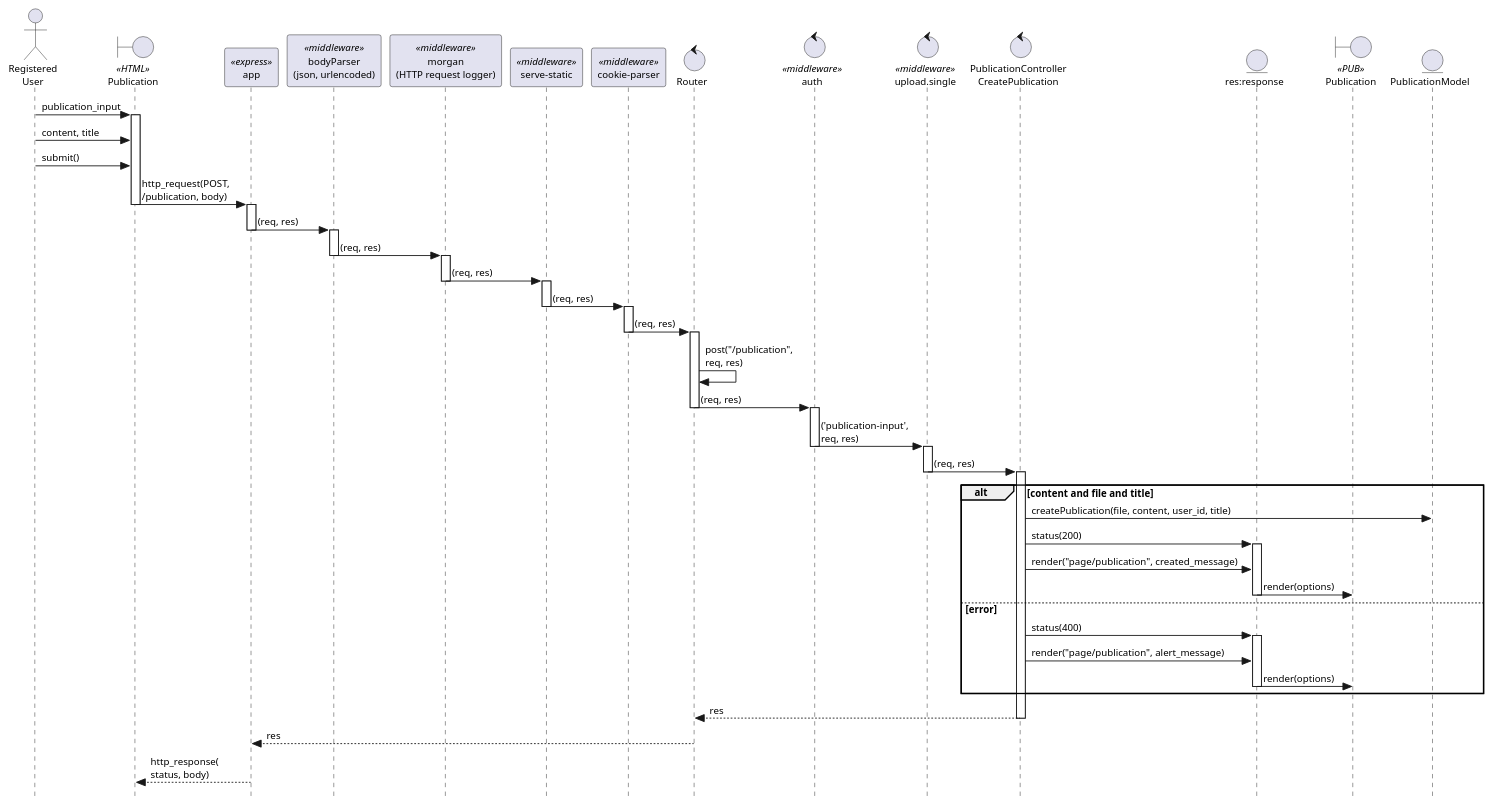
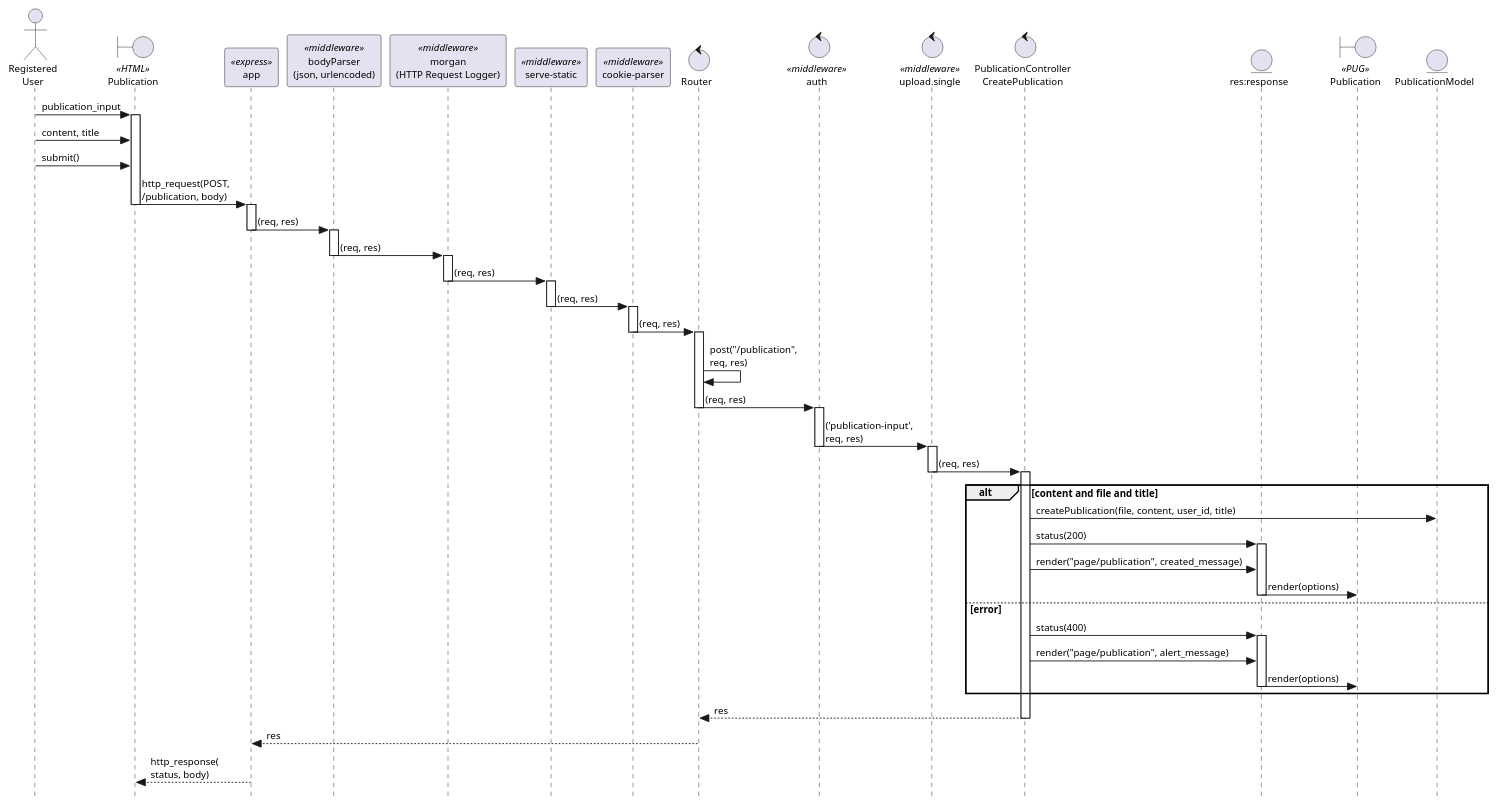
The diagram in logicalView/designView/express/usecaseDesign/interactionsSequenceUC7.plantuml (mpaulaherrero/tesis-frameworks-backend-diagrams), drawn with PlantUML before and after one commit. The commit also changed 2 other files, not shown here.

Commit message:
sequence diagram

```diff
--- a/logicalView/designView/express/usecaseDesign/interactionsSequenceUC7.plantuml
+++ b/logicalView/designView/express/usecaseDesign/interactionsSequenceUC7.plantuml
@@ -1,79 +1,79 @@
 @startuml
 skinparam style strictuml
 skinparam defaultFontSize 11
 skinparam stereotypePosition top
 
 actor "Registered\nUser" as UserReg
 
 boundary "Publication" as PublicationHtml << HTML >>
 
 participant app << express >>
 participant "bodyParser\n(json, urlencoded)" as bodyParser << middleware >>
-participant "morgan\n(HTTP request logger)" as morgan << middleware >>
+participant "morgan\n(HTTP Request Logger)" as morgan << middleware >>
 participant "serve-static" as serveStatic << middleware >>
 participant "cookie-parser" as cookieParser << middleware >>
 
 control Router
 
 control auth << middleware >>
 control "upload.single" as uploadSingle << middleware >>
 
 control "PublicationController\nCreatePublication" as CreatePublicationController
 
 entity "res:response" as response
-boundary "Publication" as PublicationDetailView << PUB >>
+boundary "Publication" as PublicationDetailView << PUG >>
 entity PublicationModel
 
 UserReg -> PublicationHtml: publication_input
 activate PublicationHtml
 UserReg -> PublicationHtml: content, title
 UserReg -> PublicationHtml: submit()
 PublicationHtml -> app: http_request(POST, \n/publication, body)
 deactivate PublicationHtml
 activate app
 app -> bodyParser: (req, res)
 deactivate app
 activate bodyParser
 bodyParser -> morgan: (req, res)
 deactivate bodyParser
 activate morgan
 morgan -> serveStatic: (req, res)
 deactivate morgan
 activate serveStatic
 serveStatic -> cookieParser: (req, res)
 deactivate serveStatic
 activate cookieParser
 cookieParser -> Router: (req, res)
 deactivate cookieParser
 activate Router
 Router -> Router: post("/publication", \nreq, res)
 Router -> auth: (req, res)
 deactivate Router
 activate auth
 auth -> uploadSingle: ('publication-input',\nreq, res)
 deactivate auth
 activate uploadSingle
 uploadSingle -> CreatePublicationController: (req, res)
 deactivate uploadSingle
 activate CreatePublicationController
 alt content and file and title
     CreatePublicationController -> PublicationModel: createPublication(file, content, user_id, title)
     CreatePublicationController -> response: status(200)
     activate response
     CreatePublicationController -> response: render("page/publication", created_message)
     response -> PublicationDetailView: render(options)
     deactivate response
 else error
     CreatePublicationController -> response: status(400)
     activate response
     CreatePublicationController -> response: render("page/publication", alert_message)
     response -> PublicationDetailView: render(options)
     deactivate response
 end
 
 CreatePublicationController --> Router: res
 deactivate CreatePublicationController
 Router --> app: res
 app --> PublicationHtml: http_response(\nstatus, body)
 
 @enduml
```
